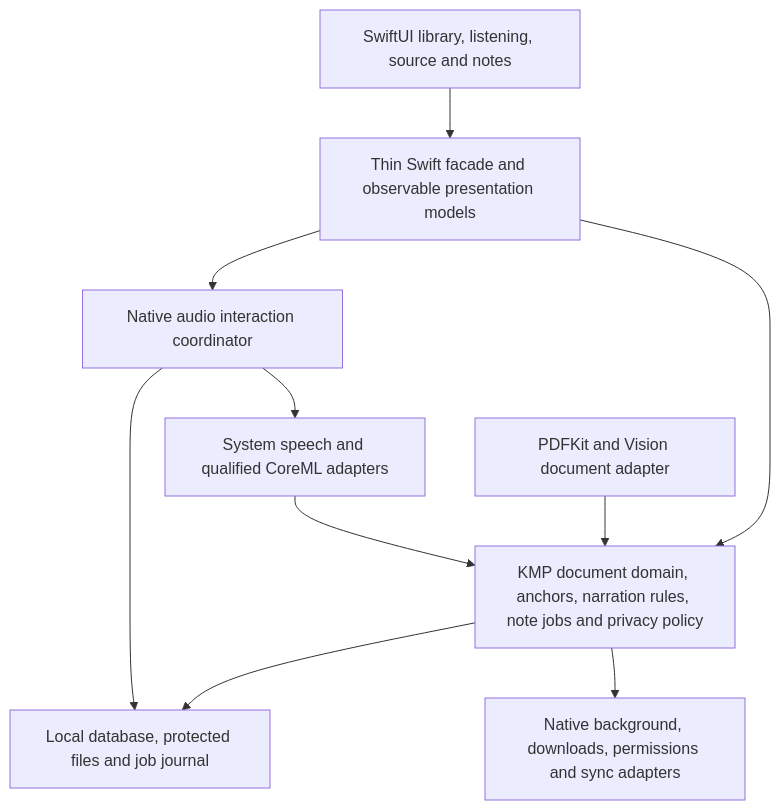
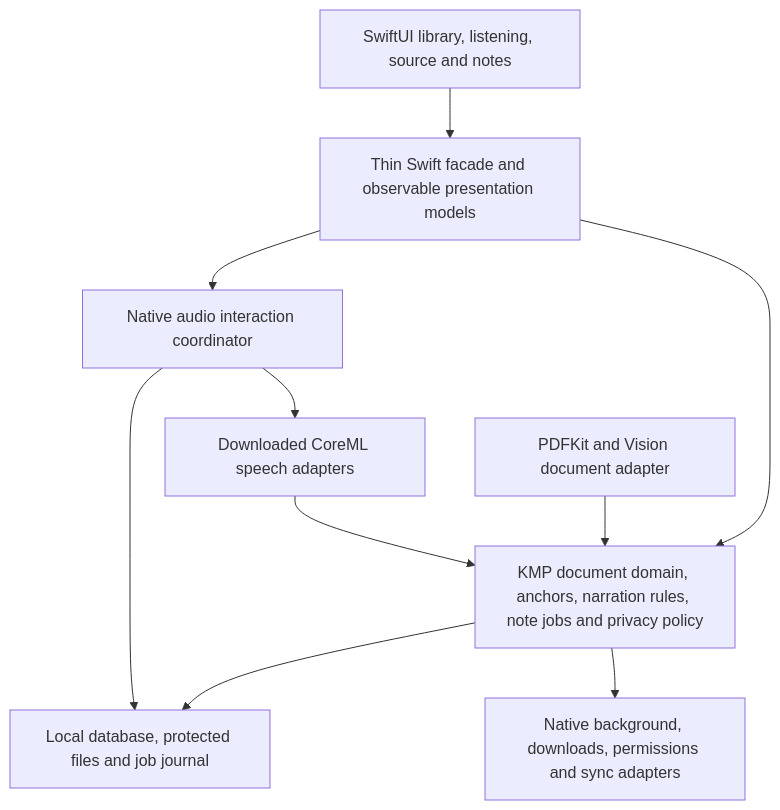
One commit to atlasmoth/rhapsodos changed the diagram in docs/ios.md. Above: the diagram before and after it, drawn with Mermaid. The commit also changed other lines of this file and 10 other files, not shown here.

````diff
--- a/docs/ios.md
+++ b/docs/ios.md
@@ -28,20 +28,20 @@
 ```mermaid
 flowchart TB
     UI[SwiftUI library, listening, source and notes]
     Facade[Thin Swift facade and observable presentation models]
     Core[KMP document domain, anchors, narration rules, note jobs and privacy policy]
     PDF[PDFKit and Vision document adapter]
     Audio[Native audio interaction coordinator]
-    Speech[System speech and qualified CoreML adapters]
+    Speech[Downloaded CoreML speech adapters]
     Store[Local database, protected files and job journal]
     Platform[Native background, downloads, permissions and sync adapters]
     UI --> Facade
     Facade --> Core
     Facade --> Audio
     Core --> Store
     Core --> Platform
     PDF --> Core
     Audio --> Speech
     Audio --> Store
     Speech --> Core
 ```
````
